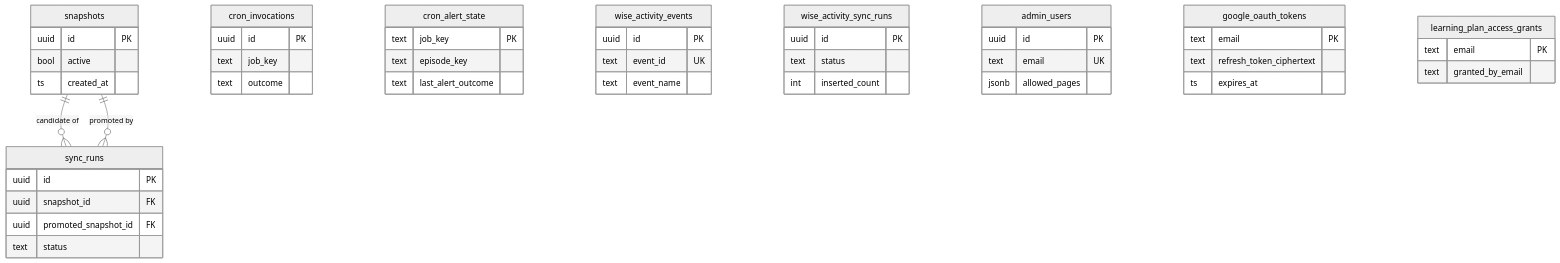
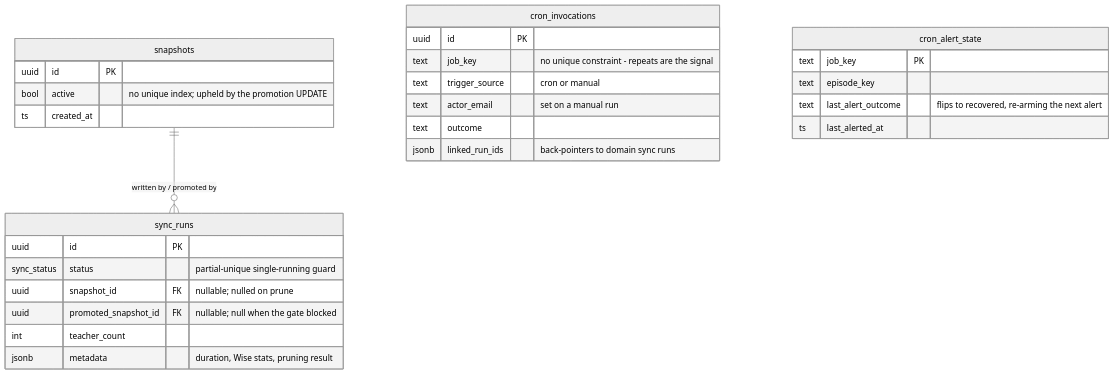
One commit to kasheesh711/bgscheduler changed the first of 4 diagrams in docs/reference/database/erd-core.md. Above: the diagram before and after it, drawn with Mermaid (neutral theme). The commit also changed other lines of this file and 95 other files, not shown here.

````diff
--- a/docs/reference/database/erd-core.md
+++ b/docs/reference/database/erd-core.md
@@ -41,51 +128,32 @@
 ```mermaid
 erDiagram
     snapshots {
         uuid id PK
-        bool active
+        bool active "no unique index; upheld by the promotion UPDATE"
         ts created_at
     }
     sync_runs {
         uuid id PK
-        uuid snapshot_id FK
-        uuid promoted_snapshot_id FK
-        text status
+        sync_status status "partial-unique single-running guard"
+        uuid snapshot_id FK "nullable; nulled on prune"
+        uuid promoted_snapshot_id FK "nullable; null when the gate blocked"
+        int teacher_count
+        jsonb metadata "duration, Wise stats, pruning result"
     }
     cron_invocations {
         uuid id PK
-        text job_key
+        text job_key "no unique constraint - repeats are the signal"
+        text trigger_source "cron or manual"
+        text actor_email "set on a manual run"
         text outcome
+        jsonb linked_run_ids "back-pointers to domain sync runs"
     }
     cron_alert_state {
         text job_key PK
         text episode_key
-        text last_alert_outcome
-    }
-    wise_activity_events {
-        uuid id PK
-        text event_id UK
-        text event_name
-    }
-    wise_activity_sync_runs {
-        uuid id PK
-        text status
-        int inserted_count
-    }
-    admin_users {
-        uuid id PK
-        text email UK
-        jsonb allowed_pages
-    }
-    google_oauth_tokens {
-        text email PK
-        text refresh_token_ciphertext
-        ts expires_at
-    }
-    learning_plan_access_grants {
-        text email PK
-        text granted_by_email
+        text last_alert_outcome "flips to recovered, re-arming the next alert"
+        ts last_alerted_at
     }
 
-    snapshots ||--o{ sync_runs : "candidate of"
-    snapshots ||--o{ sync_runs : "promoted by"
+    snapshots ||--o{ sync_runs : "written by / promoted by"
 ```
````
